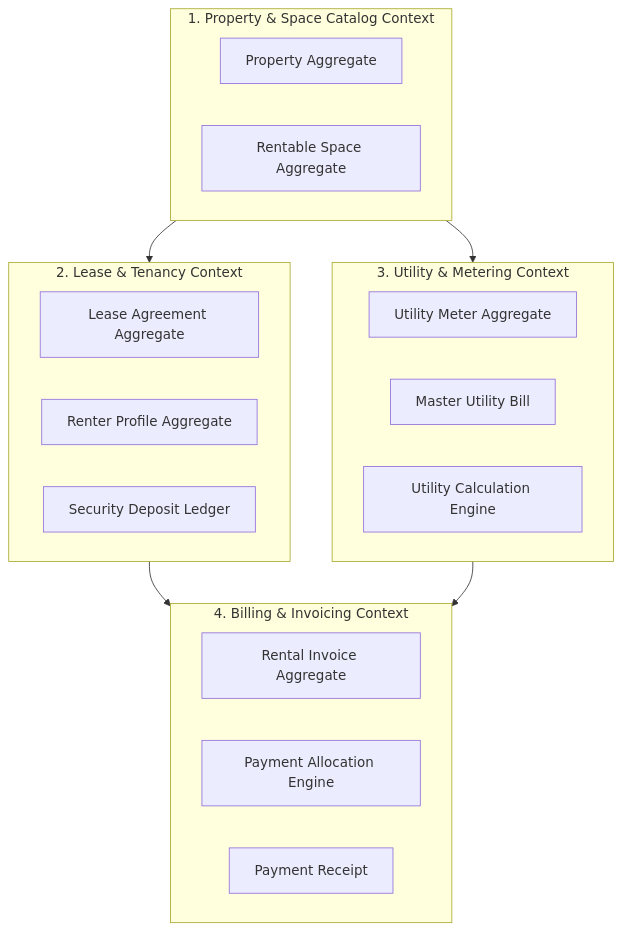
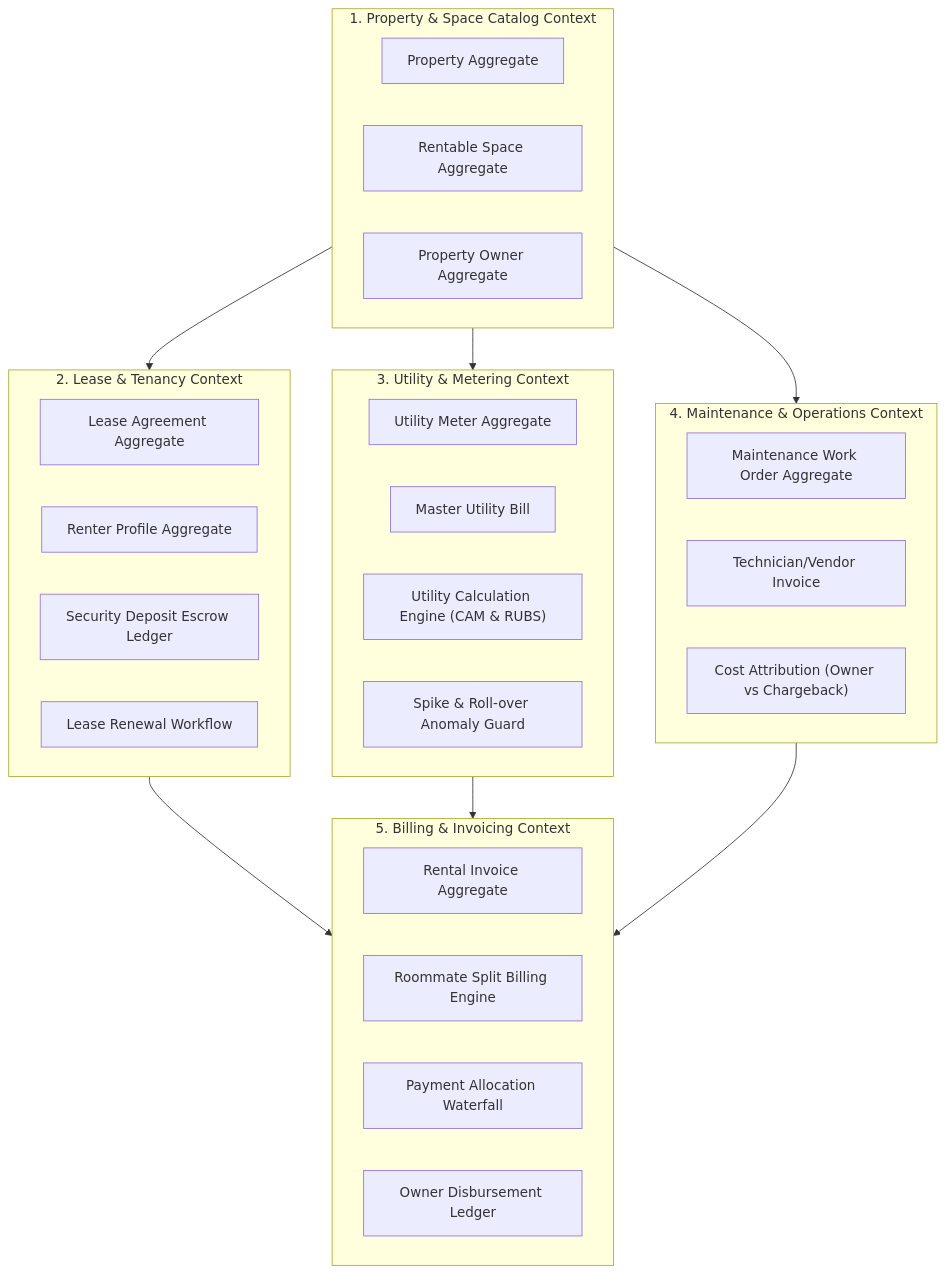
One commit to prosubodh/sthanori changed the first of 7 diagrams in docs/DOMAIN_ANALYSIS.md. Above: the diagram before and after it, drawn with Mermaid. The commit also changed other lines of this file and 2 other files, not shown here.

Commit message:
docs(domain): expand domain analysis and BRD with deep-dive roommate billing, CAM, and work orders (ADR-013)

````diff
--- a/docs/DOMAIN_ANALYSIS.md
+++ b/docs/DOMAIN_ANALYSIS.md
@@ -48,30 +60,42 @@
 ```mermaid
 flowchart TD
     subgraph PropertyCatalogContext["1. Property & Space Catalog Context"]
         Property["Property Aggregate"]
         RentableSpace["Rentable Space Aggregate"]
+        PropertyOwner["Property Owner Aggregate"]
     end
 
     subgraph LeaseManagementContext["2. Lease & Tenancy Context"]
         LeaseAgreement["Lease Agreement Aggregate"]
         RenterProfile["Renter Profile Aggregate"]
-        SecurityDeposit["Security Deposit Ledger"]
+        SecurityDeposit["Security Deposit Escrow Ledger"]
+        RenewalWorkflow["Lease Renewal Workflow"]
     end
 
     subgraph UtilityMeteringContext["3. Utility & Metering Context"]
         UtilityMeter["Utility Meter Aggregate"]
         MasterUtilityBill["Master Utility Bill"]
-        UtilityStrategy["Utility Calculation Engine"]
+        UtilityEngine["Utility Calculation Engine (CAM & RUBS)"]
+        AnomalyDetector["Spike & Roll-over Anomaly Guard"]
     end
 
-    subgraph InvoicingContext["4. Billing & Invoicing Context"]
+    subgraph MaintenanceContext["4. Maintenance & Operations Context"]
+        WorkOrder["Maintenance Work Order Aggregate"]
+        VendorInvoice["Technician/Vendor Invoice"]
+        CostAttribution["Cost Attribution (Owner vs Chargeback)"]
+    end
+
+    subgraph InvoicingContext["5. Billing & Invoicing Context"]
         RentalInvoice["Rental Invoice Aggregate"]
-        PaymentAllocation["Payment Allocation Engine"]
-        PaymentReceipt["Payment Receipt"]
+        RoommateSplit["Roommate Split Billing Engine"]
+        PaymentAllocation["Payment Allocation Waterfall"]
+        OwnerDisbursement["Owner Disbursement Ledger"]
     end
 
     PropertyCatalogContext --> LeaseManagementContext
     PropertyCatalogContext --> UtilityMeteringContext
+    PropertyCatalogContext --> MaintenanceContext
     LeaseManagementContext --> InvoicingContext
     UtilityMeteringContext --> InvoicingContext
+    MaintenanceContext --> InvoicingContext
 ```
````
